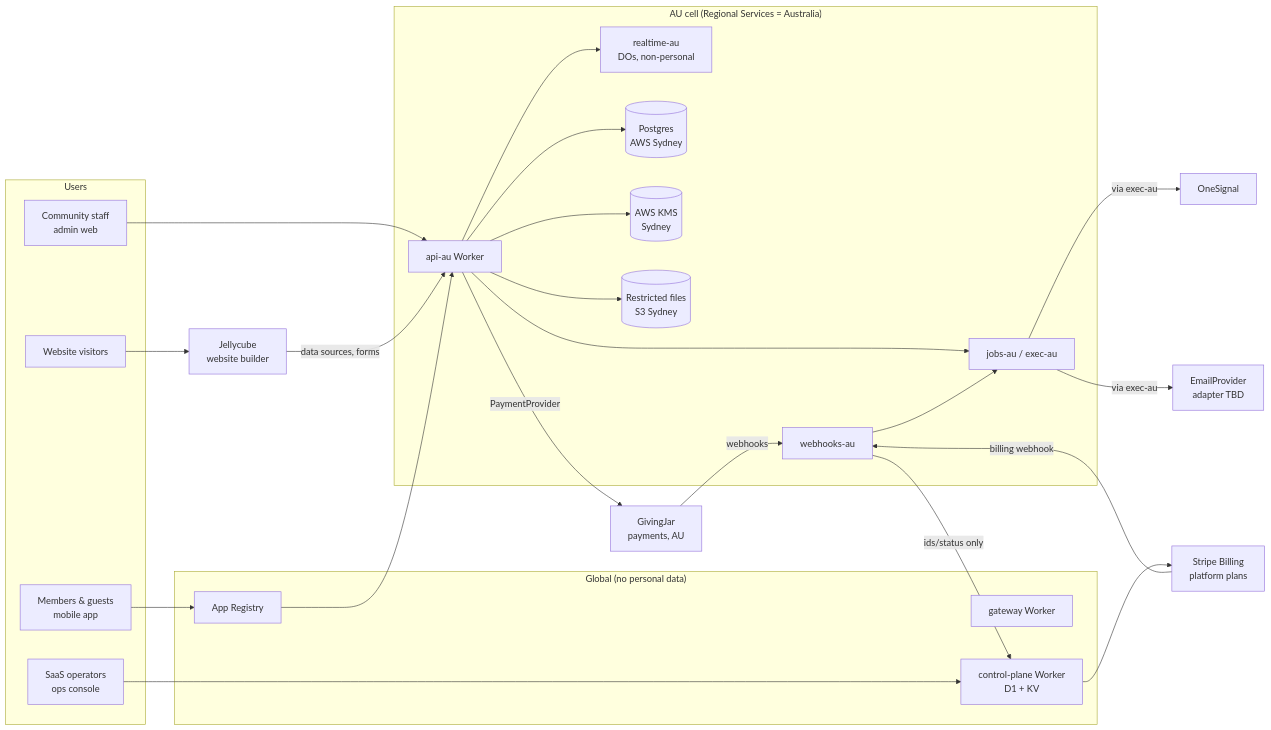
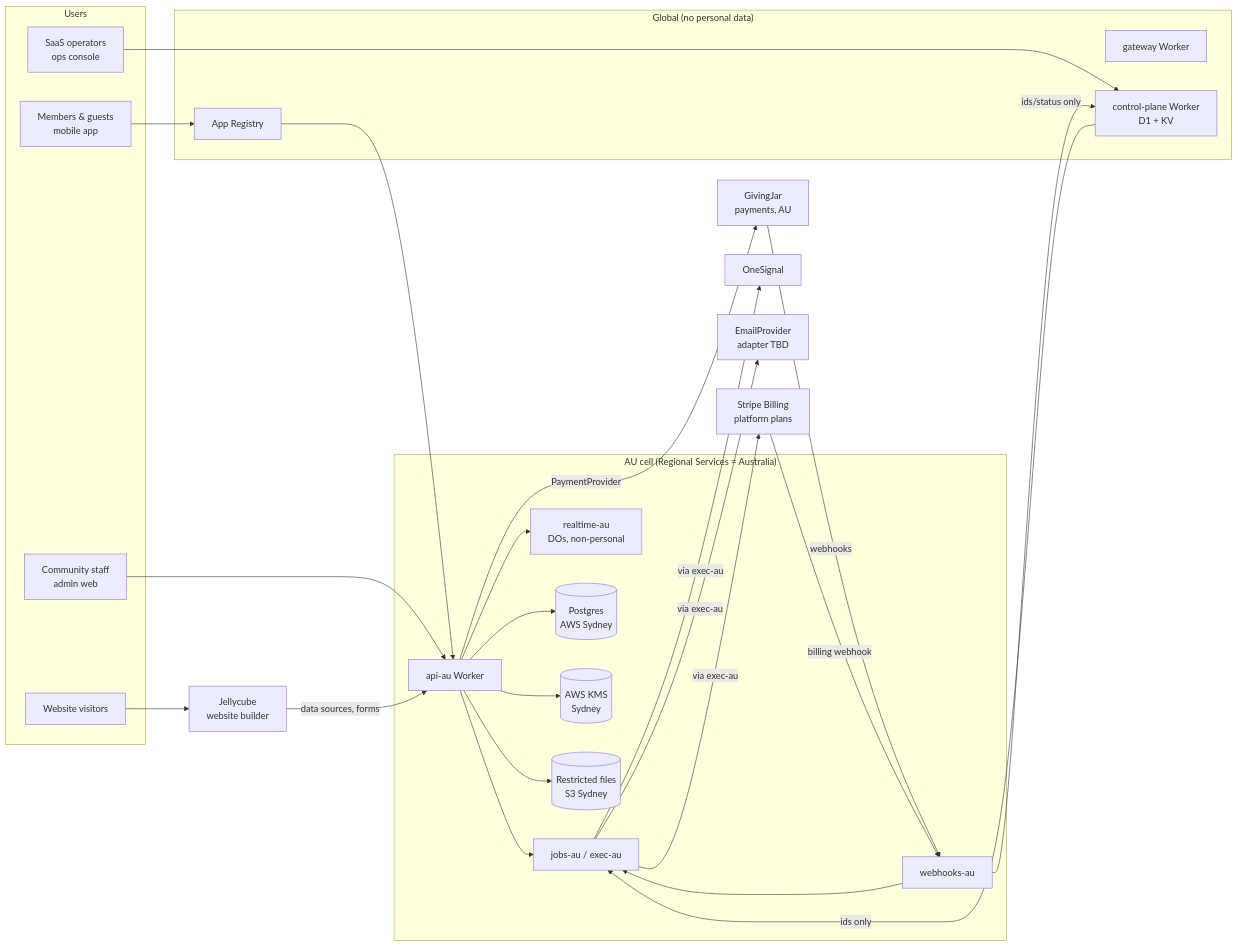
The first of 2 diagrams in architecture.md (taftechnology/community-hub-core), drawn with Mermaid before and after one commit. The commit also changed other lines of this file, not shown here.

First line of the commit message:
docs (architecture): keep Stripe Billing calls in-region

````diff
--- a/architecture.md
+++ b/architecture.md
@@ -132,49 +132,50 @@
 ```mermaid
 flowchart LR
   subgraph Users
     M[Members & guests<br/>mobile app]
     A[Community staff<br/>admin web]
     V[Website visitors]
     S[SaaS operators<br/>ops console]
   end
 
   subgraph Global["Global (no personal data)"]
     GW[gateway Worker]
     CP[control-plane Worker<br/>D1 + KV]
     AR[App Registry]
   end
 
   subgraph AU["AU cell (Regional Services = Australia)"]
     API[api-au Worker]
     JOBS[jobs-au / exec-au]
     WH[webhooks-au]
     RT[realtime-au<br/>DOs, non-personal]
     PG[(Postgres<br/>AWS Sydney)]
     KMS[(AWS KMS<br/>Sydney)]
     S3[(Restricted files<br/>S3 Sydney)]
   end
 
   JC[Jellycube<br/>website builder]
   GJ[GivingJar<br/>payments, AU]
   STRIPE[Stripe Billing<br/>platform plans]
   PUSH[OneSignal]
   EMAIL[EmailProvider<br/>adapter TBD]
 
   M --> AR --> API
   A --> API
   S --> CP
   V --> JC -->|data sources, forms| API
   API --> PG
   API --> KMS
   API --> S3
   API --> RT
   API --> JOBS
   API -->|PaymentProvider| GJ
   GJ -->|webhooks| WH
   STRIPE -->|billing webhook| WH
   WH --> JOBS
   WH -->|ids/status only| CP
-  CP --> STRIPE
+  CP -->|ids only| JOBS
+  JOBS -->|via exec-au| STRIPE
   JOBS -->|via exec-au| PUSH
   JOBS -->|via exec-au| EMAIL
 ```
````
